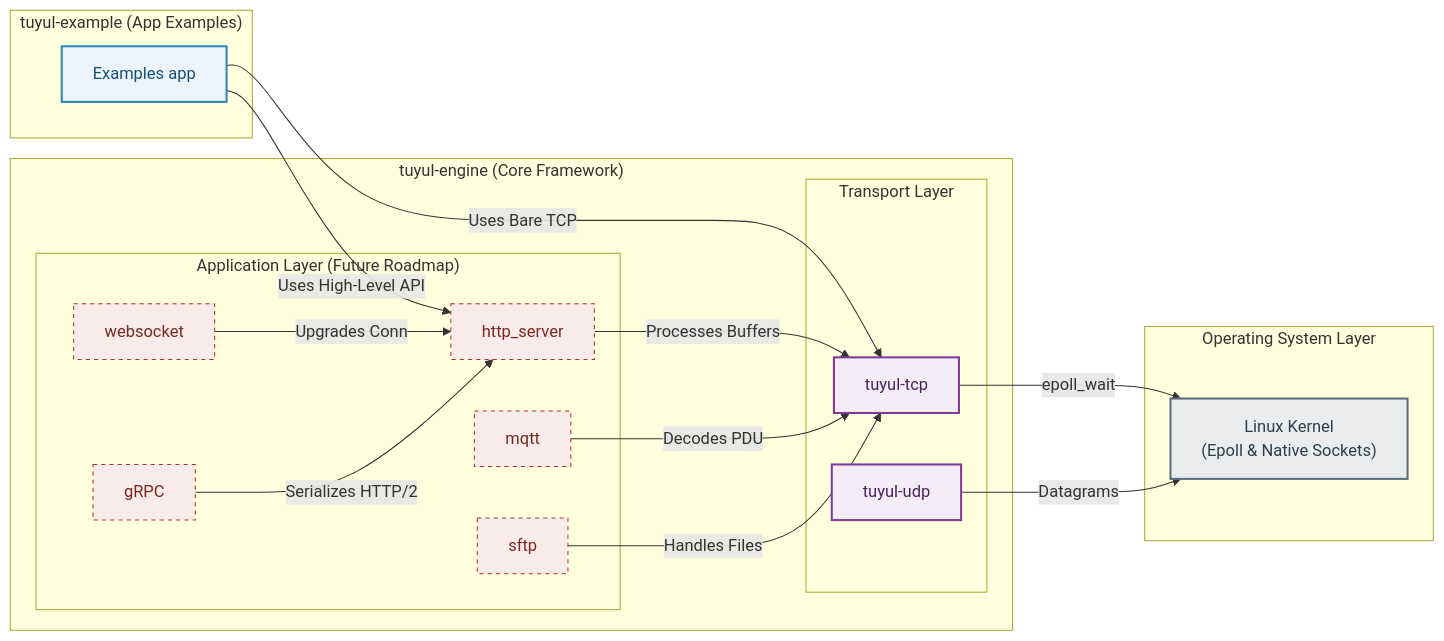
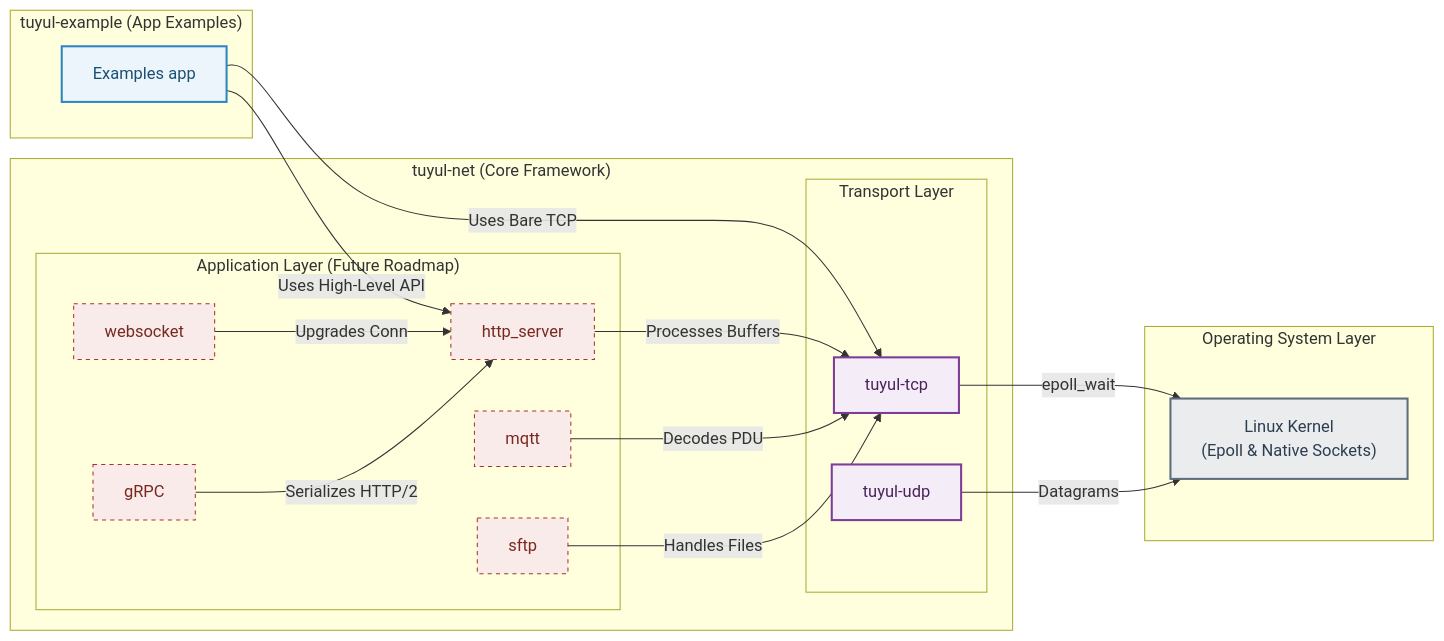
One commit to safikka/tuyul-net changed the diagram in README.md. Above: the diagram before and after it, drawn with Mermaid. The commit also changed other lines of this file and 262 other files, not shown here.

````diff
--- a/README.md
+++ b/README.md
@@ -13,51 +13,51 @@
 ```mermaid
 flowchart LR
     %% Theme Color Settings (Muted Tones)
     classDef appStyle fill:#EBF5FB,stroke:#2E86C1,stroke-width:2px,color:#1B4F72;
     classDef engineStyle fill:#F4ECF7,stroke:#7D3C98,stroke-width:2px,color:#4A235A;
     classDef roadmapStyle fill:#F9EBEA,stroke:#A93226,stroke-width:1px,stroke-dasharray: 4 4,color:#78281F;
     classDef osStyle fill:#EAECEE,stroke:#5D6D7E,stroke-width:2px,color:#2C3E50;
 
     %% --- LAYER 1: APP DEMO ---
     subgraph AppLayer [" tuyul-example (App Examples) "]
         app[" Examples app"]
     end
     class app appStyle;
 
     %% --- LAYER 2: ENGINE CORE ---
-    subgraph EngineLayer [" tuyul-engine (Core Framework) "]
+    subgraph EngineLayer [" tuyul-net (Core Framework) "]
         subgraph Roadmap [" Application Layer (Future Roadmap) "]
             http["http_server"]
             ws["websocket"]
             mqtt["mqtt"]
             sftp["sftp"]
             grpc["gRPC"]
         end
 
         subgraph Transport [" Transport Layer "]
             tcp["tuyul-tcp"]
             udp["tuyul-udp"]
         end
     end
     class http,ws,mqtt,sftp,grpc roadmapStyle;
     class tcp,udp engineStyle;
 
     %% --- LAYER 3: OS KERNEL ---
     subgraph OsLayer [" Operating System Layer "]
         kernel["Linux Kernel<br>(Epoll & Native Sockets)"]
     end
     class kernel osStyle;
 
     %% --- DATA FLOW & CONNECTIONS ---
     app -->|Uses High-Level API| http
     app -->|Uses Bare TCP| tcp
 
     http -->|Processes Buffers| tcp
     ws  -->|Upgrades Conn| http
     mqtt-->|Decodes PDU| tcp
     sftp-->|Handles Files| tcp
     grpc-->|Serializes HTTP/2| http
 
     tcp -->|epoll_wait| kernel
     udp -->|Datagrams| kernel
 ```
````
